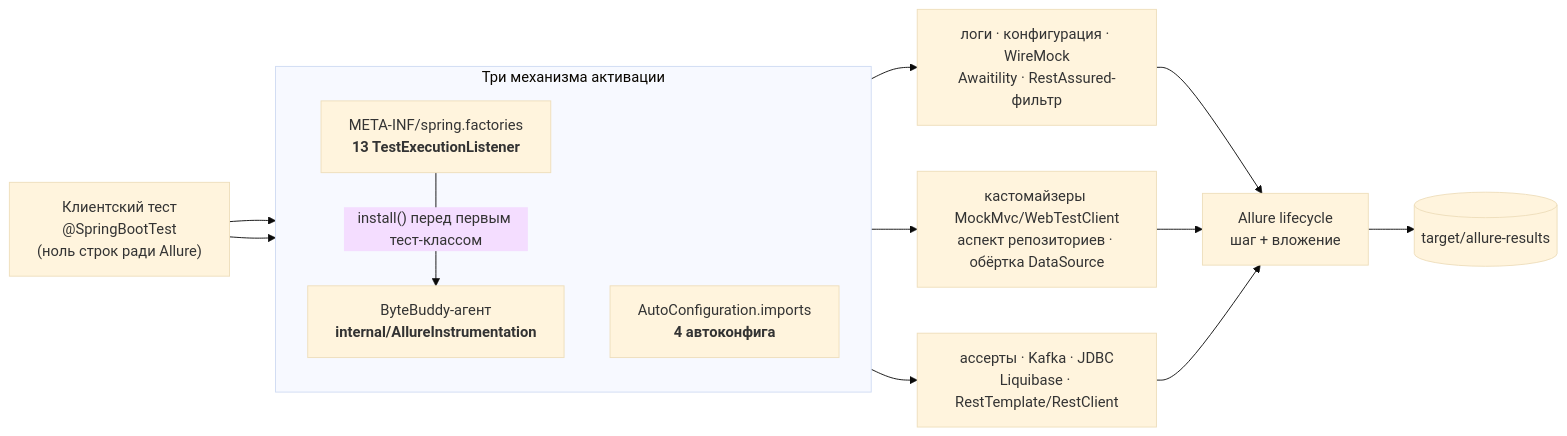
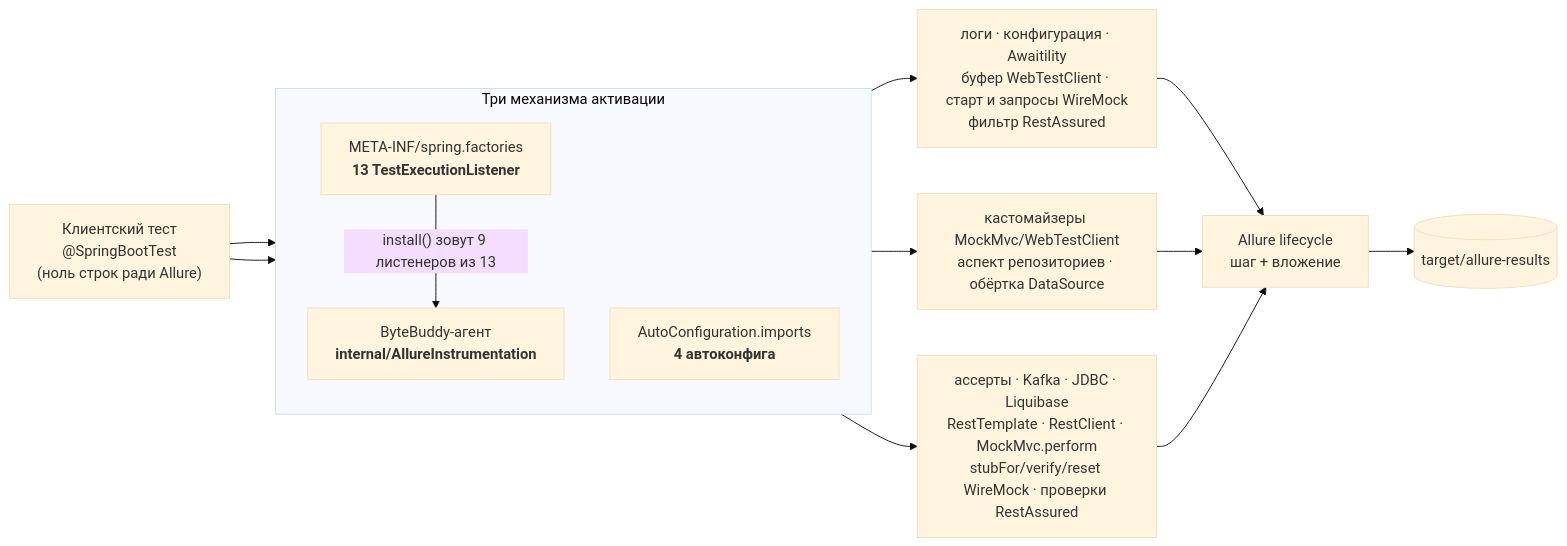
The diagram in docs/architecture.md (kolomyychenkoai/allure-spring-test), drawn with Mermaid (base theme) before and after one commit. The commit also changed other lines of this file, not shown here.

````diff
--- a/docs/architecture.md
+++ b/docs/architecture.md
@@ -75,24 +75,24 @@
 ```mermaid
 flowchart LR
     T["Клиентский тест<br/>@SpringBootTest<br/>(ноль строк ради Allure)"]
 
     subgraph ACT["Три механизма активации"]
         direction TB
         L["META-INF/spring.factories<br/><b>13 TestExecutionListener</b>"]
         A["AutoConfiguration.imports<br/><b>4 автоконфига</b>"]
         B["ByteBuddy-агент<br/><b>internal/AllureInstrumentation</b>"]
     end
 
     T --> L
     T --> A
-    L -- "install() перед первым тест-классом" --> B
+    L -- "install() зовут 9 листенеров из 13" --> B
 
-    L --> M1["логи · конфигурация · WireMock<br/>Awaitility · RestAssured-фильтр"]
+    L --> M1["логи · конфигурация · Awaitility<br/>буфер WebTestClient · старт и запросы WireMock<br/>фильтр RestAssured"]
     A --> M2["кастомайзеры MockMvc/WebTestClient<br/>аспект репозиториев · обёртка DataSource"]
-    B --> M3["ассерты · Kafka · JDBC<br/>Liquibase · RestTemplate/RestClient"]
+    B --> M3["ассерты · Kafka · JDBC · Liquibase<br/>RestTemplate · RestClient · MockMvc.perform<br/>stubFor/verify/reset WireMock · проверки RestAssured"]
 
     M1 --> AL["Allure lifecycle<br/>шаг + вложение"]
     M2 --> AL
     M3 --> AL
     AL --> R[("target/allure-results")]
 ```
````
